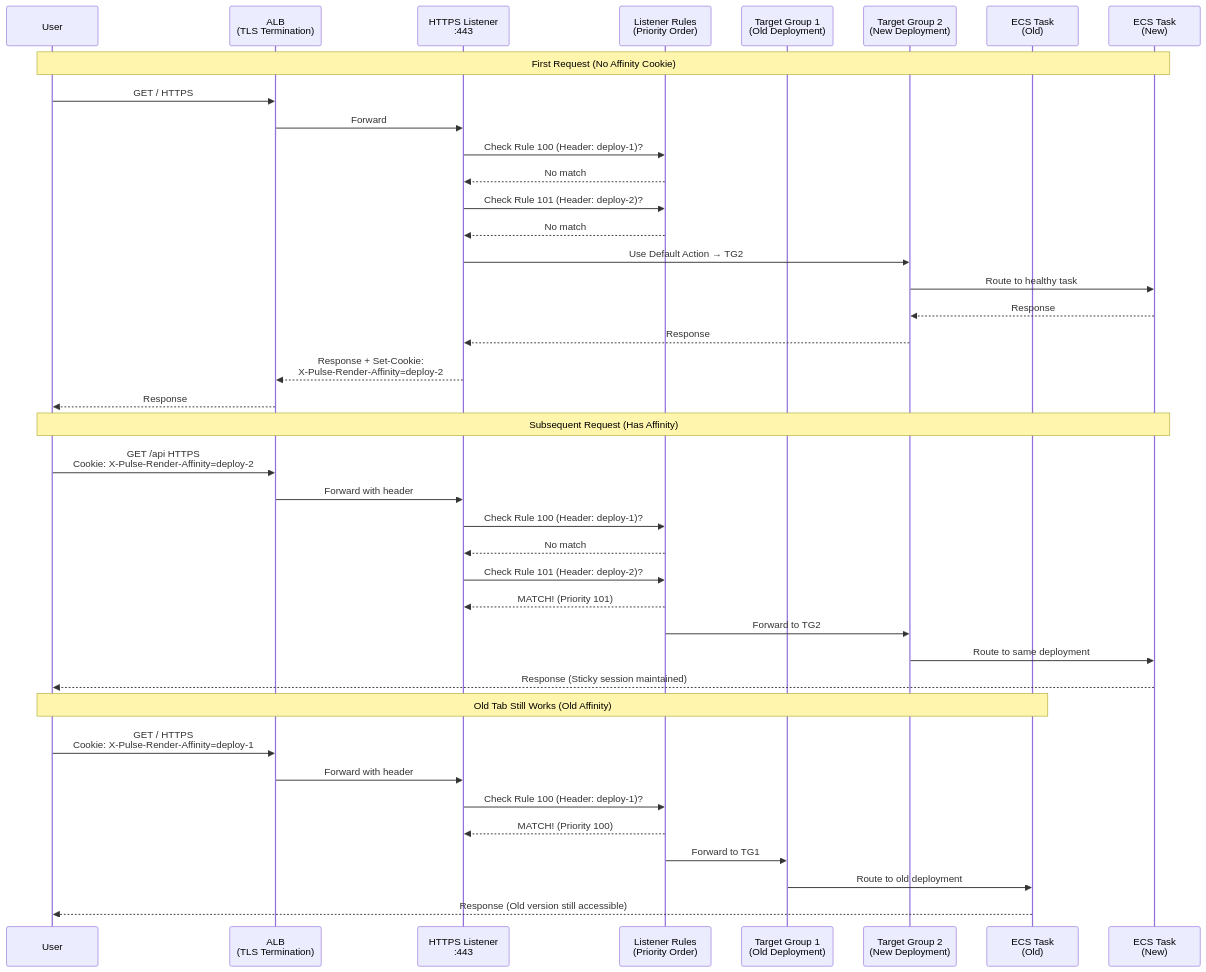
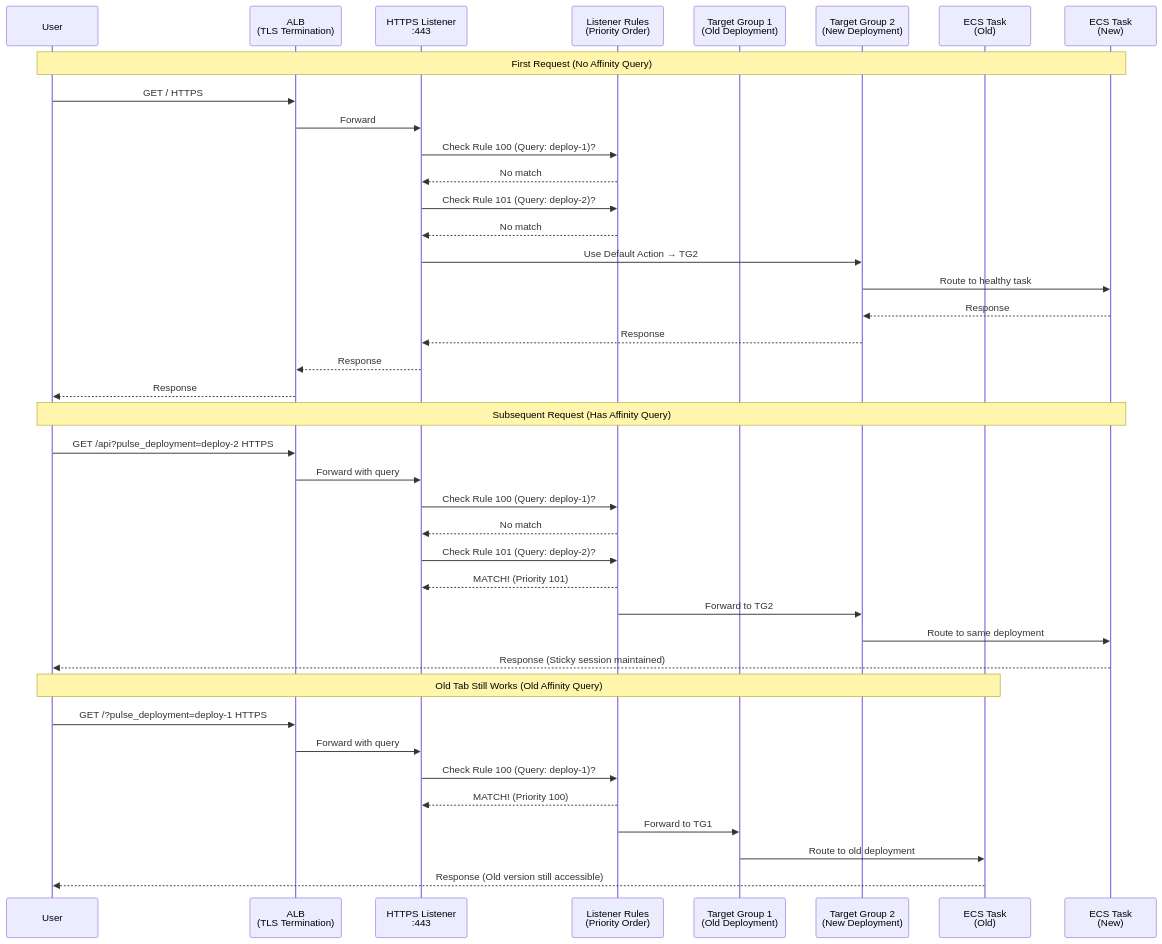
One commit to erwinkn/pulse-ui changed the second of 3 diagrams in packages/pulse-aws/ARCHITECTURE.md. Above: the diagram before and after it, drawn with Mermaid. The commit also changed other lines of this file and 52 other files, not shown here.

````diff
--- a/packages/pulse-aws/ARCHITECTURE.md
+++ b/packages/pulse-aws/ARCHITECTURE.md
@@ -137,45 +137,45 @@
 ```mermaid
 sequenceDiagram
     participant User
     participant ALB as ALB<br/>(TLS Termination)
     participant Listener as HTTPS Listener<br/>:443
     participant Rules as Listener Rules<br/>(Priority Order)
     participant TG1 as Target Group 1<br/>(Old Deployment)
     participant TG2 as Target Group 2<br/>(New Deployment)
     participant Task1 as ECS Task<br/>(Old)
     participant Task2 as ECS Task<br/>(New)
 
-    Note over User,Task2: First Request (No Affinity Cookie)
+    Note over User,Task2: First Request (No Affinity Query)
     User->>ALB: GET / HTTPS
     ALB->>Listener: Forward
-    Listener->>Rules: Check Rule 100 (Header: deploy-1)?
+    Listener->>Rules: Check Rule 100 (Query: deploy-1)?
     Rules-->>Listener: No match
-    Listener->>Rules: Check Rule 101 (Header: deploy-2)?
+    Listener->>Rules: Check Rule 101 (Query: deploy-2)?
     Rules-->>Listener: No match
     Listener->>TG2: Use Default Action → TG2
     TG2->>Task2: Route to healthy task
     Task2-->>TG2: Response
     TG2-->>Listener: Response
-    Listener-->>ALB: Response + Set-Cookie:<br/>X-Pulse-Render-Affinity=deploy-2
+    Listener-->>ALB: Response
     ALB-->>User: Response
 
-    Note over User,Task2: Subsequent Request (Has Affinity)
-    User->>ALB: GET /api HTTPS<br/>Cookie: X-Pulse-Render-Affinity=deploy-2
-    ALB->>Listener: Forward with header
-    Listener->>Rules: Check Rule 100 (Header: deploy-1)?
+    Note over User,Task2: Subsequent Request (Has Affinity Query)
+    User->>ALB: GET /api?pulse_deployment=deploy-2 HTTPS
+    ALB->>Listener: Forward with query
+    Listener->>Rules: Check Rule 100 (Query: deploy-1)?
     Rules-->>Listener: No match
-    Listener->>Rules: Check Rule 101 (Header: deploy-2)?
+    Listener->>Rules: Check Rule 101 (Query: deploy-2)?
     Rules-->>Listener: MATCH! (Priority 101)
     Rules->>TG2: Forward to TG2
     TG2->>Task2: Route to same deployment
     Task2-->>User: Response (Sticky session maintained)
 
-    Note over User,Task1: Old Tab Still Works (Old Affinity)
-    User->>ALB: GET / HTTPS<br/>Cookie: X-Pulse-Render-Affinity=deploy-1
-    ALB->>Listener: Forward with header
-    Listener->>Rules: Check Rule 100 (Header: deploy-1)?
+    Note over User,Task1: Old Tab Still Works (Old Affinity Query)
+    User->>ALB: GET /?pulse_deployment=deploy-1 HTTPS
+    ALB->>Listener: Forward with query
+    Listener->>Rules: Check Rule 100 (Query: deploy-1)?
     Rules-->>Listener: MATCH! (Priority 100)
     Rules->>TG1: Forward to TG1
     TG1->>Task1: Route to old deployment
     Task1-->>User: Response (Old version still accessible)
 ```
````
